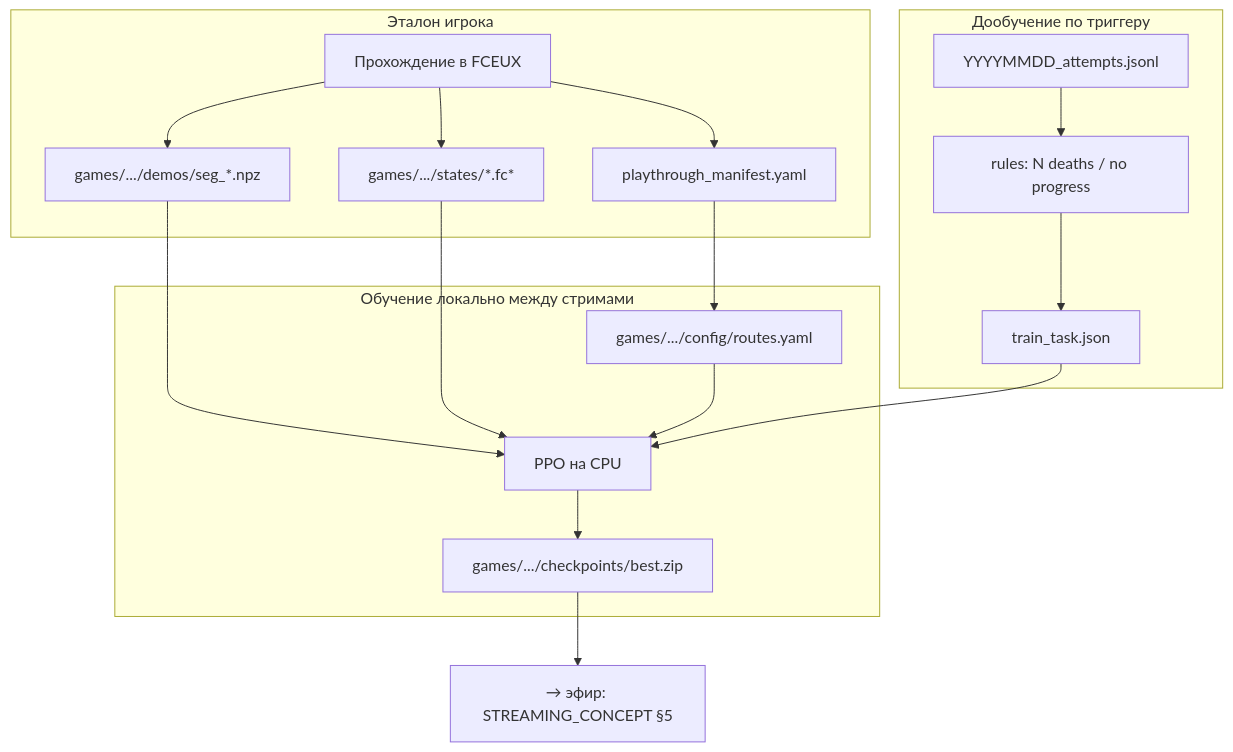
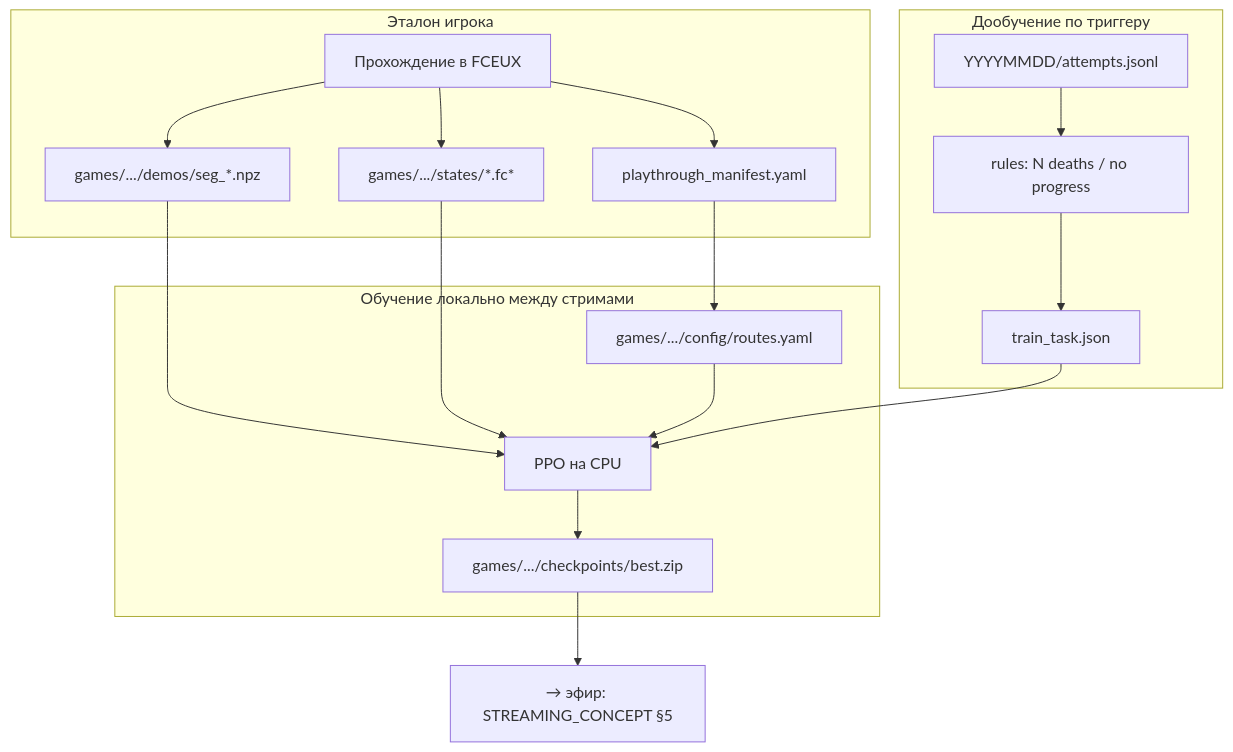
Before and after one commit to dimadroog/wait: the diagram in docs/ML_CONCEPT.md, drawn with Mermaid. The commit also changed other lines of this file and 20 other files, not shown here.

````diff
--- a/docs/ML_CONCEPT.md
+++ b/docs/ML_CONCEPT.md
@@ -100,34 +100,34 @@
 ```mermaid
 flowchart TB
     subgraph record [Эталон игрока]
         HumanPlay[Прохождение в FCEUX]
         Manifest[playthrough_manifest.yaml]
         Demos[games/.../demos/seg_*.npz]
         States[games/.../states/*.fc*]
         HumanPlay --> Manifest
         HumanPlay --> Demos
         HumanPlay --> States
     end
 
     subgraph train [Обучение локально между стримами]
         Routes[games/.../config/routes.yaml]
         LocalPPO[PPO на CPU]
         Checkpoint[games/.../checkpoints/best.zip]
         Manifest --> Routes
         Demos --> LocalPPO
         States --> LocalPPO
         Routes --> LocalPPO
         LocalPPO --> Checkpoint
     end
 
     subgraph finetune [Дообучение по триггеру]
         Trigger["rules: N deaths / no progress"]
         Task[train_task.json]
-        Attempts[YYYYMMDD_attempts.jsonl]
+        Attempts[YYYYMMDD/attempts.jsonl]
         Trigger --> Task
         Task --> LocalPPO
         Attempts --> Trigger
     end
 
     Checkpoint --> Infer[→ эфир: STREAMING_CONCEPT §5]
 ```
````
